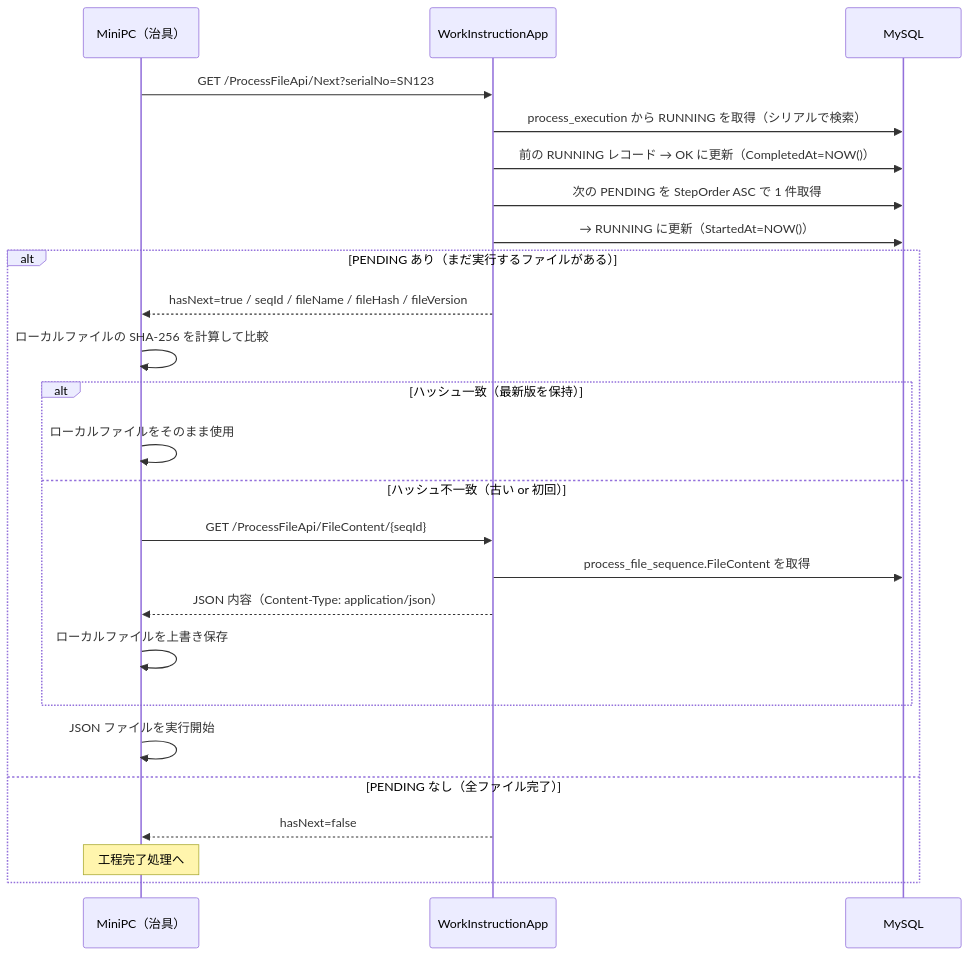
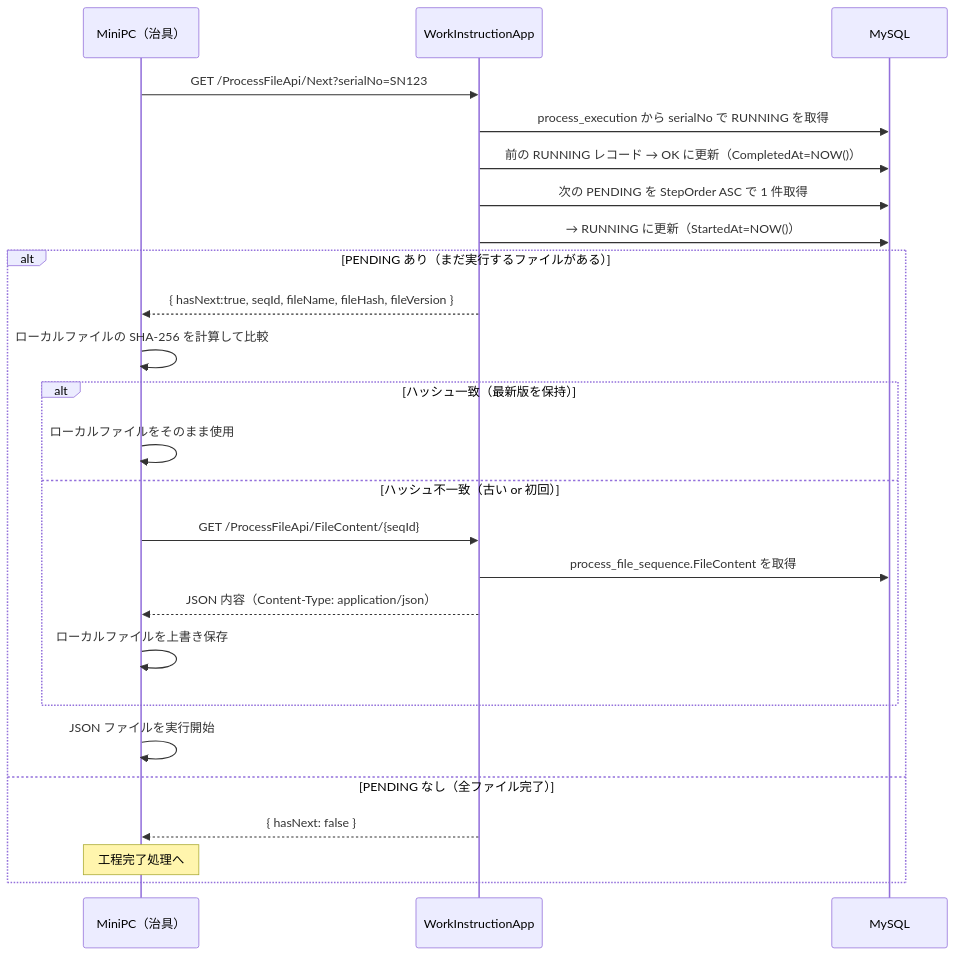
The fourth of 9 diagrams in docs/07_system_design.md (namagi14-lab/spica-warranty-design), drawn with Mermaid before and after one commit. The commit also changed other lines of this file, not shown here.

````diff
--- a/docs/07_system_design.md
+++ b/docs/07_system_design.md
@@ -162,34 +163,34 @@
 ```mermaid
 sequenceDiagram
     participant MiniPC as MiniPC（治具）
     participant App as WorkInstructionApp
     participant DB as MySQL
 
     MiniPC->>App: GET /ProcessFileApi/Next?serialNo=SN123
 
-    App->>DB: process_execution から RUNNING を取得（シリアルで検索）
+    App->>DB: process_execution から serialNo で RUNNING を取得
     App->>DB: 前の RUNNING レコード → OK に更新（CompletedAt=NOW()）
     App->>DB: 次の PENDING を StepOrder ASC で 1 件取得
     App->>DB: → RUNNING に更新（StartedAt=NOW()）
 
     alt PENDING あり（まだ実行するファイルがある）
-        App-->>MiniPC: hasNext=true / seqId / fileName / fileHash / fileVersion
+        App-->>MiniPC: { hasNext:true, seqId, fileName, fileHash, fileVersion }
 
         MiniPC->>MiniPC: ローカルファイルの SHA-256 を計算して比較
 
         alt ハッシュ一致（最新版を保持）
             MiniPC->>MiniPC: ローカルファイルをそのまま使用
         else ハッシュ不一致（古い or 初回）
             MiniPC->>App: GET /ProcessFileApi/FileContent/{seqId}
             App->>DB: process_file_sequence.FileContent を取得
             App-->>MiniPC: JSON 内容（Content-Type: application/json）
             MiniPC->>MiniPC: ローカルファイルを上書き保存
         end
 
         MiniPC->>MiniPC: JSON ファイルを実行開始
 
     else PENDING なし（全ファイル完了）
-        App-->>MiniPC: hasNext=false
+        App-->>MiniPC: { hasNext: false }
         Note over MiniPC: 工程完了処理へ
     end
 ```
````
